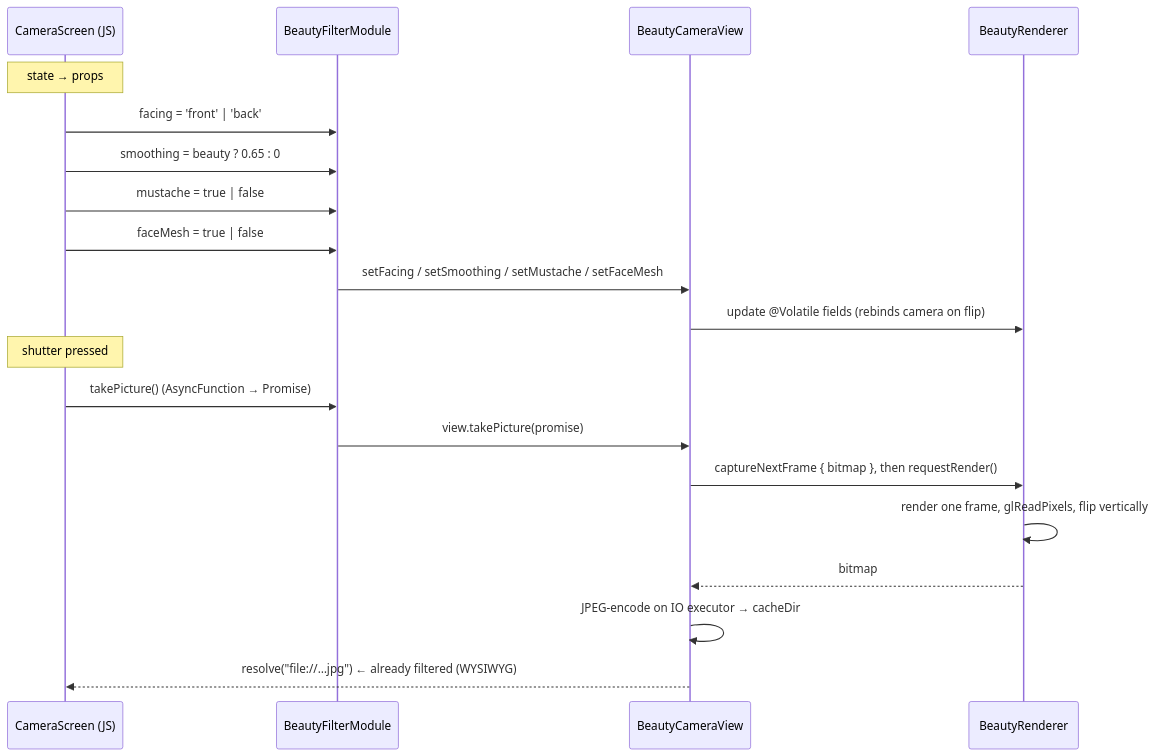
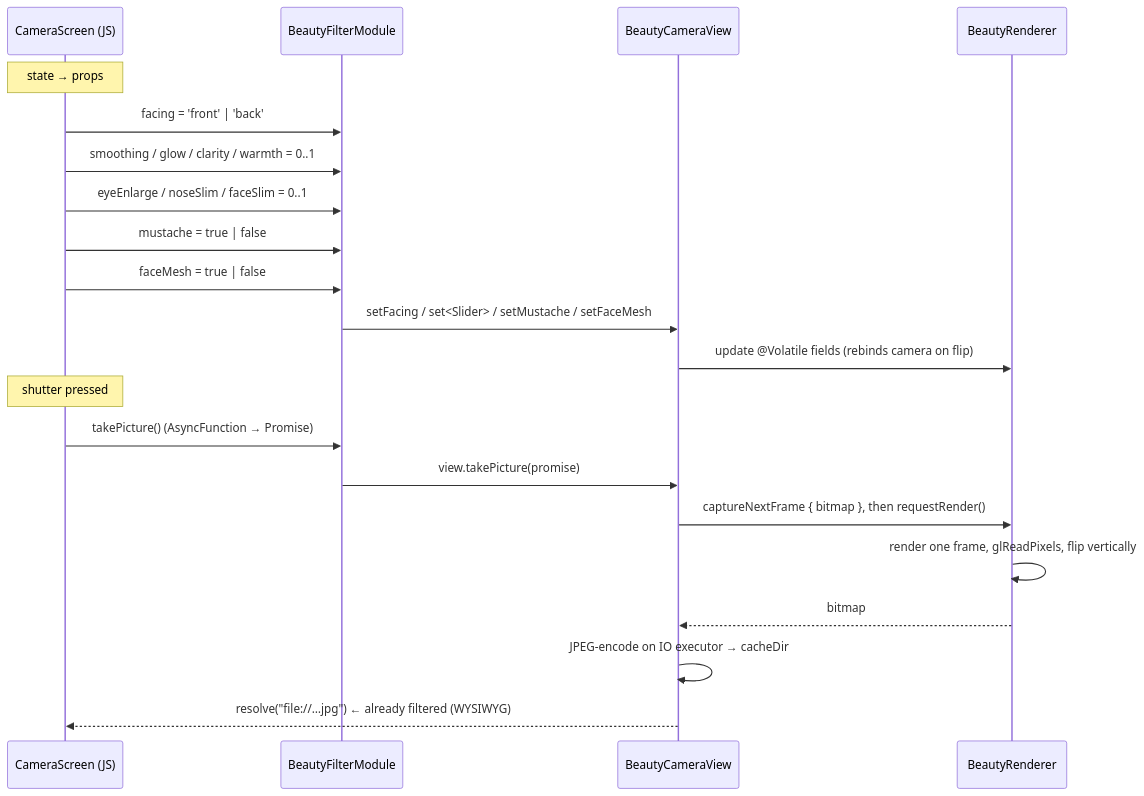
The fifth of 5 diagrams in docs/ARCHITECTURE.md (abdurahmon27/filter-cam), drawn with Mermaid before and after one commit. The commit also changed other lines of this file and 22 other files, not shown here.

First line of the commit message:
feat: Enhance beauty filter features with nose and face slimming adjustments

````diff
--- a/docs/ARCHITECTURE.md
+++ b/docs/ARCHITECTURE.md
@@ -223,24 +256,25 @@
 ```mermaid
 sequenceDiagram
     participant JS as CameraScreen (JS)
     participant M as BeautyFilterModule
     participant V as BeautyCameraView
     participant R as BeautyRenderer
 
     Note over JS: state → props
     JS->>M: facing = 'front' | 'back'
-    JS->>M: smoothing = beauty ? 0.65 : 0
+    JS->>M: smoothing / glow / clarity / warmth = 0..1
+    JS->>M: eyeEnlarge / noseSlim / faceSlim = 0..1
     JS->>M: mustache = true | false
     JS->>M: faceMesh = true | false
-    M->>V: setFacing / setSmoothing / setMustache / setFaceMesh
+    M->>V: setFacing / set<Slider> / setMustache / setFaceMesh
     V->>R: update @Volatile fields (rebinds camera on flip)
 
     Note over JS: shutter pressed
     JS->>M: takePicture() (AsyncFunction → Promise)
     M->>V: view.takePicture(promise)
     V->>R: captureNextFrame { bitmap }, then requestRender()
     R->>R: render one frame, glReadPixels, flip vertically
     R-->>V: bitmap
     V->>V: JPEG-encode on IO executor → cacheDir
     V-->>JS: resolve("file://…jpg")  ← already filtered (WYSIWYG)
 ```
````
